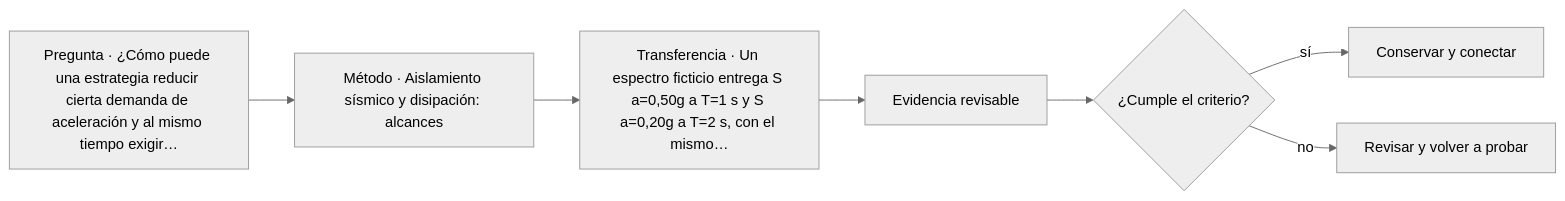
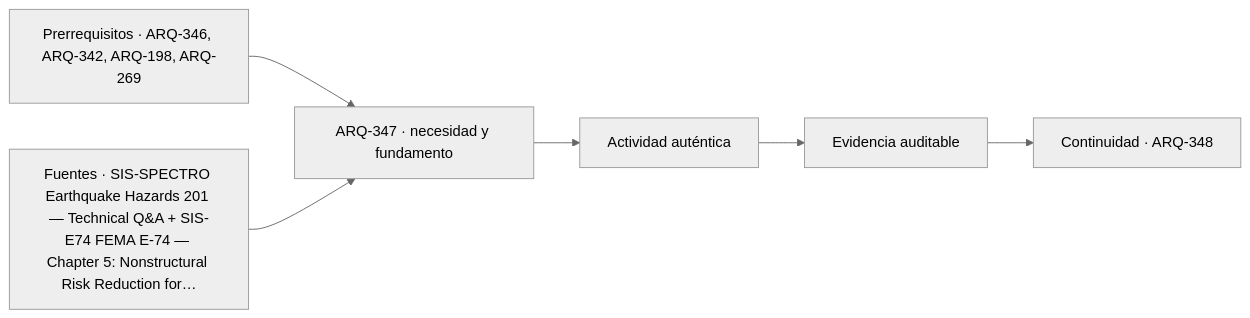
Before and after one commit to vladimiracunadev-create/architecture-built-environment-learning-program: the diagram in classes/parte-35/ARQ-347.md, drawn with Mermaid (neutral theme). The commit also changed other lines of this file and 761 other files, not shown here.

````diff
--- a/classes/parte-35/ARQ-347.md
+++ b/classes/parte-35/ARQ-347.md
@@ -117,9 +129,8 @@
 ```mermaid
 flowchart LR
-    Q["Pregunta · ¿Cómo puede una estrategia reducir cierta demanda de aceleración y al mismo tiempo exigir…"] --> M["Método · Aislamiento sísmico y disipación: alcances"]
-    M --> P["Transferencia · Un espectro ficticio entrega S a=0,50g a T=1 s y S a=0,20g a T=2 s, con el mismo…"]
-    P --> E["Evidencia revisable"]
-    E --> C{"¿Cumple el criterio?"}
-    C -->|sí| T["Conservar y conectar"]
-    C -->|no| R["Revisar y volver a probar"]
+    A["Prerrequisitos · ARQ-346, ARQ-342, ARQ-198, ARQ-269"] --> B["ARQ-347 · necesidad y fundamento"]
+    S["Fuentes · SIS-SPECTRO Earthquake Hazards 201 — Technical Q&A + SIS-E74 FEMA E-74 — Chapter 5: Nonstructural Risk Reduction for…"] --> B
+    B --> C["Actividad auténtica"]
+    C --> D["Evidencia auditable"]
+    D --> E["Continuidad · ARQ-348"]
 ```
````
